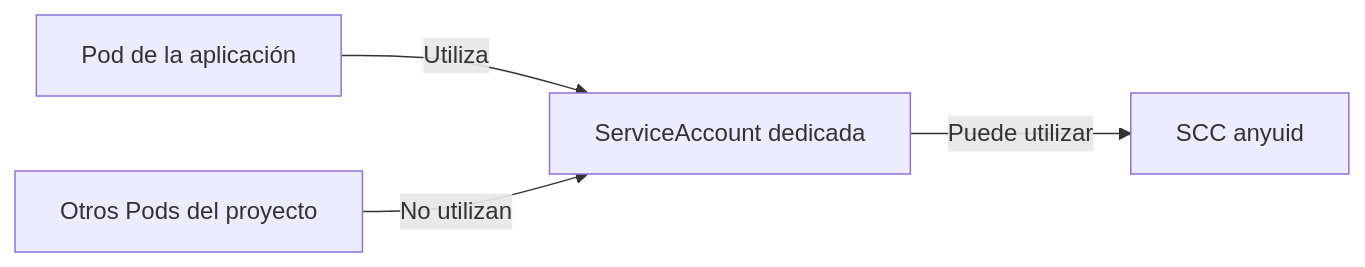
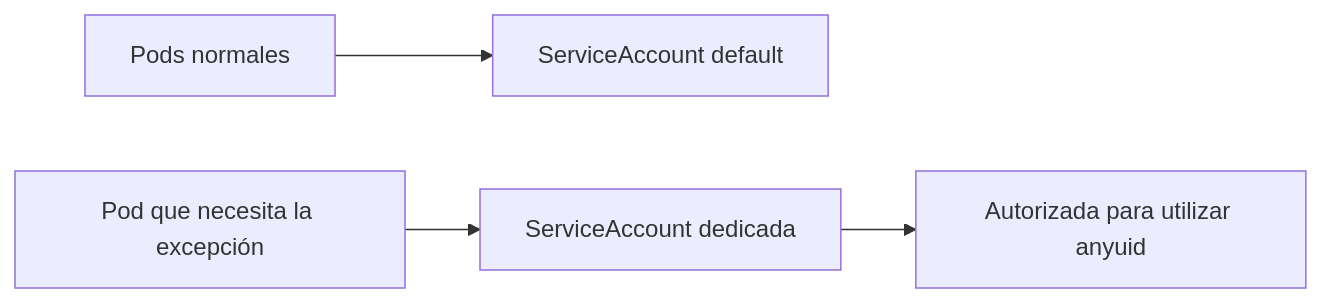
The fourth of 4 diagrams in docs/sesion2/2.6 Politicas de Seguridad.md (ieftraining/curso-openshift), drawn with Mermaid before and after one commit. The commit also changed other lines of this file, not shown here.

````diff
--- a/docs/sesion2/2.6 Politicas de Seguridad.md
+++ b/docs/sesion2/2.6 Politicas de Seguridad.md
@@ -211,6 +228,6 @@
 ```mermaid
 flowchart LR
-    SA[ServiceAccount dedicada] -->|Puede utilizar| SCC[SCC anyuid]
-    POD[Pod de la aplicación] -->|Utiliza| SA
-    OTHER[Otros Pods del proyecto] -->|No utilizan| SA
+    N[Pods normales] --> D[ServiceAccount default]
+    E[Pod que necesita la excepción] --> S[ServiceAccount dedicada]
+    S --> A[Autorizada para utilizar anyuid]
 ```
````
